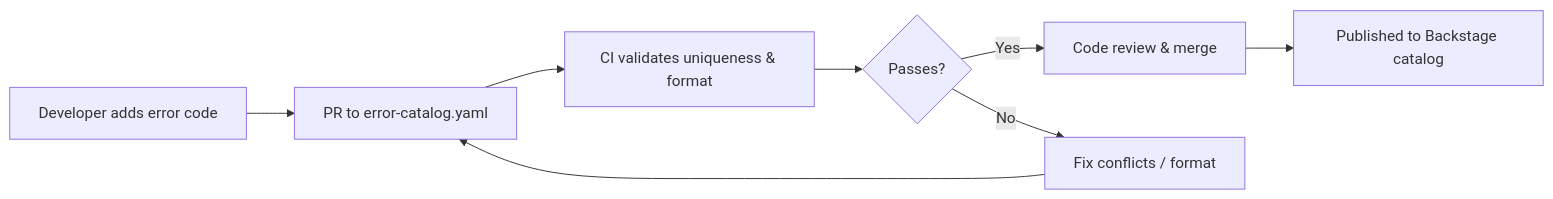
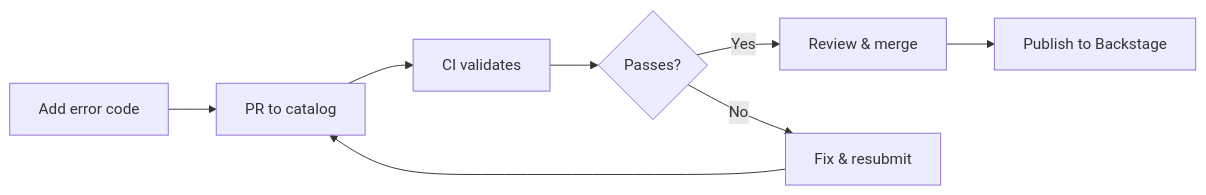
Before and after one commit to rishikeshdhokare/platform-manifesto: the first of 3 diagrams in 02-architecture-and-api/09-error-catalog.md, drawn with Mermaid. The commit also changed other lines of this file and 12 other files, not shown here.

First line of the commit message:
fix: refactor Mermaid diagrams for compliance (#135)

````diff
--- a/02-architecture-and-api/09-error-catalog.md
+++ b/02-architecture-and-api/09-error-catalog.md
@@ -75,10 +77,10 @@
 ```mermaid
 flowchart LR
-    A["Developer adds error code"] --> B["PR to error-catalog.yaml"]
-    B --> C["CI validates uniqueness & format"]
-    C --> D{"Passes?"}
-    D -- Yes --> E["Code review & merge"]
-    D -- No --> F["Fix conflicts / format"]
-    F --> B
-    E --> G["Published to Backstage catalog"]
+    addCode["Add error code"] --> prToCatalog["PR to catalog"]
+    prToCatalog --> ciValidates["CI validates"]
+    ciValidates --> passes{"Passes?"}
+    passes -- Yes --> reviewMerge["Review & merge"]
+    passes -- No --> fixResubmit["Fix & resubmit"]
+    fixResubmit --> prToCatalog
+    reviewMerge --> publish["Publish to Backstage"]
 ```
````
